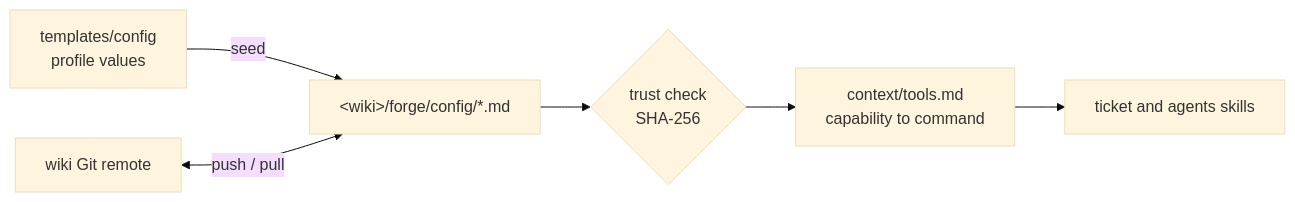
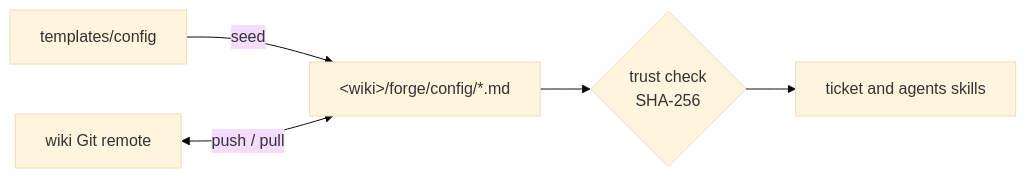
Before and after one commit to alexradunet/forge-engineering: the diagram in docs/config.md, drawn with Mermaid (base theme). The commit also changed other lines of this file and 11 other files, not shown here.

````diff
--- a/docs/config.md
+++ b/docs/config.md
@@ -21,8 +18,7 @@
 ```mermaid
 flowchart LR
-  tpl["templates/config<br/>profile values"] -- seed --> cfg["&lt;wiki&gt;/forge/config/*.md"]
+  tpl["templates/config"] -- seed --> cfg["&lt;wiki&gt;/forge/config/*.md"]
   remote["wiki Git remote"] <-->|push / pull| cfg
   cfg --> trust{"trust check<br/>SHA-256"}
-  trust --> rule["context/tools.md<br/>capability to command"]
-  rule --> skills["ticket and agents skills"]
+  trust --> skills["ticket and agents skills"]
 ```
````
